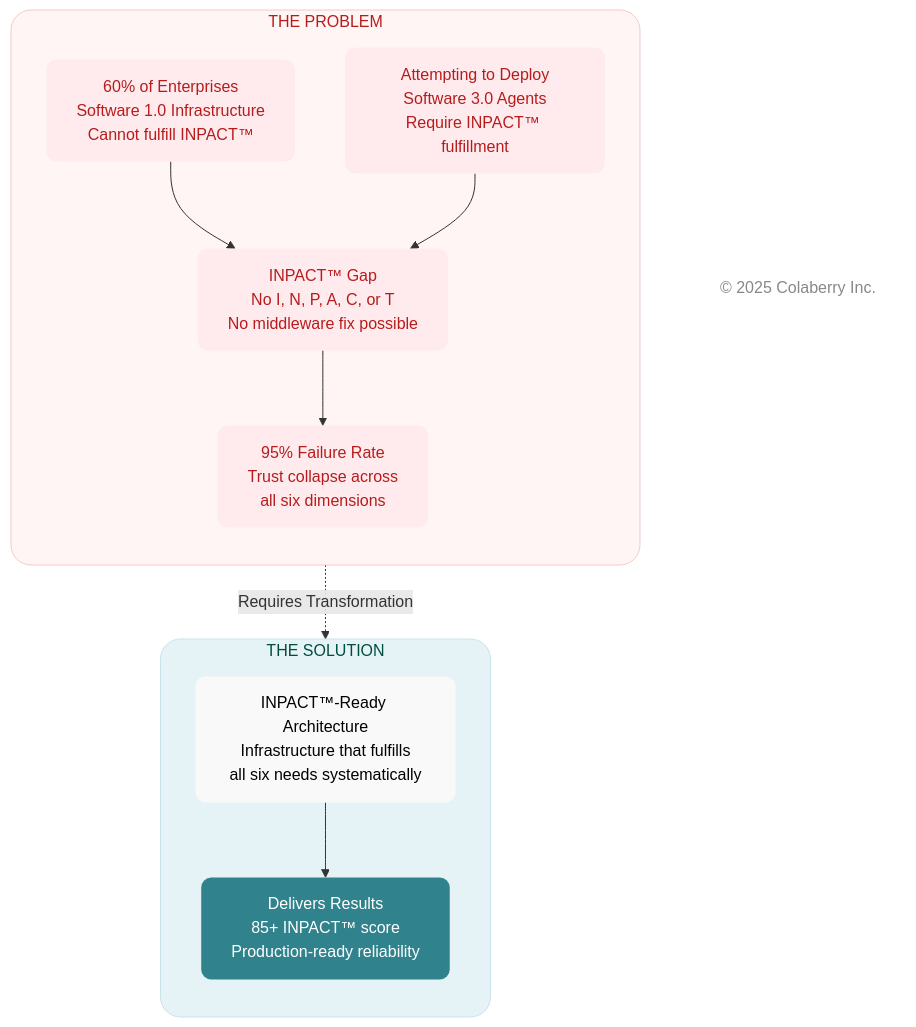
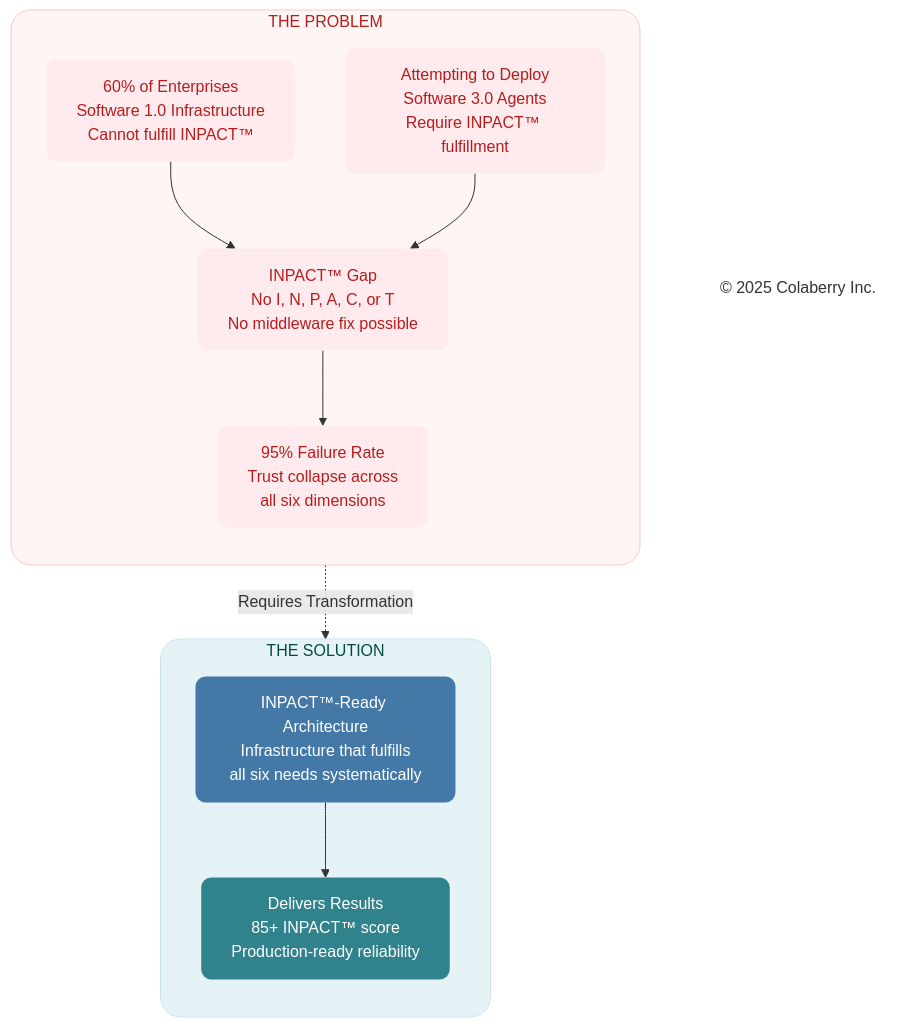
Before and after one commit to saitejesh-cyber/trust-before-intelligence-book: the fourth of 6 diagrams in manuscript/02_chapter_1_why_agents_fail.md, drawn with Mermaid. The commit also changed other lines of this file and 4 other files, not shown here.

````diff
--- a/manuscript/02_chapter_1_why_agents_fail.md
+++ b/manuscript/02_chapter_1_why_agents_fail.md
@@ -475,43 +475,43 @@
 ```mermaid
 
 graph TB
     subgraph PROBLEM["THE PROBLEM"]
         direction TB
         current["60% of Enterprises<br/>Software 1.0 Infrastructure<br/>Cannot fulfill INPACT™"]
         
         attempting["Attempting to Deploy<br/>Software 3.0 Agents<br/>Require INPACT™ fulfillment"]
         
         gap["INPACT™ Gap<br/>No I, N, P, A, C, or T<br/>No middleware fix possible"]
         
         result["95% Failure Rate<br/>Trust collapse across<br/>all six dimensions"]
         
         current --> gap
         attempting --> gap
         gap --> result
     end
     
     subgraph SOLUTION["THE SOLUTION"]
         direction TB
         transform["INPACT™-Ready Architecture<br/>Infrastructure that fulfills<br/>all six needs systematically"]
         
         delivers["Delivers Results<br/>85+ INPACT™ score<br/>Production-ready reliability"]
         
         transform --> delivers
     end
     
     result -.->|"Requires Transformation"| transform
     
     Copyright["© 2025 Colaberry Inc."]
 
     %% PROBLEM — FAILURE / BI-ERA
     style PROBLEM fill:#fff5f5,stroke:#f2caca,stroke-width:1px,color:#b71c1c,rx:20,ry:20
     style current fill:#ffebee,stroke:none,color:#b71c1c,rx:10,ry:10
     style attempting fill:#ffebee,stroke:none,color:#b71c1c,rx:10,ry:10
     style gap fill:#ffebee,stroke:none,color:#b71c1c,rx:10,ry:10
     style result fill:#ffebee,stroke:none,color:#b71c1c,rx:10,ry:10
     style SOLUTION fill:#e6f3f6,stroke:#c7e3ea,stroke-width:1px,color:#004d40,rx:20,ry:20
-    style transform fill:#f9f9f9,stroke:none,color:#000000,rx:10,ry:10
+    style transform fill:#4478A6,stroke:none,color:#ffffff,rx:10,ry:10
     style delivers fill:#30838C,stroke:none,color:#ffffff,rx:10,ry:10
-    style Copyright fill:none,stroke:none,color:#888888
+    style Copyright fill:none,stroke:none,color:#333333
 
 ```
````
